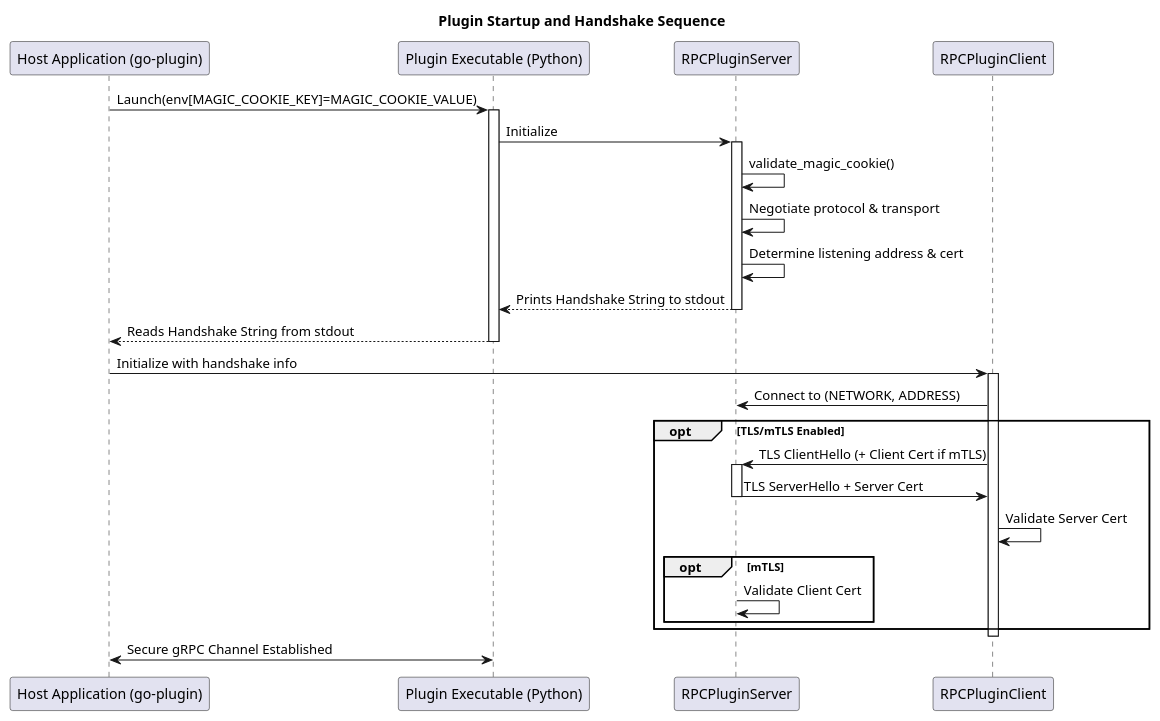
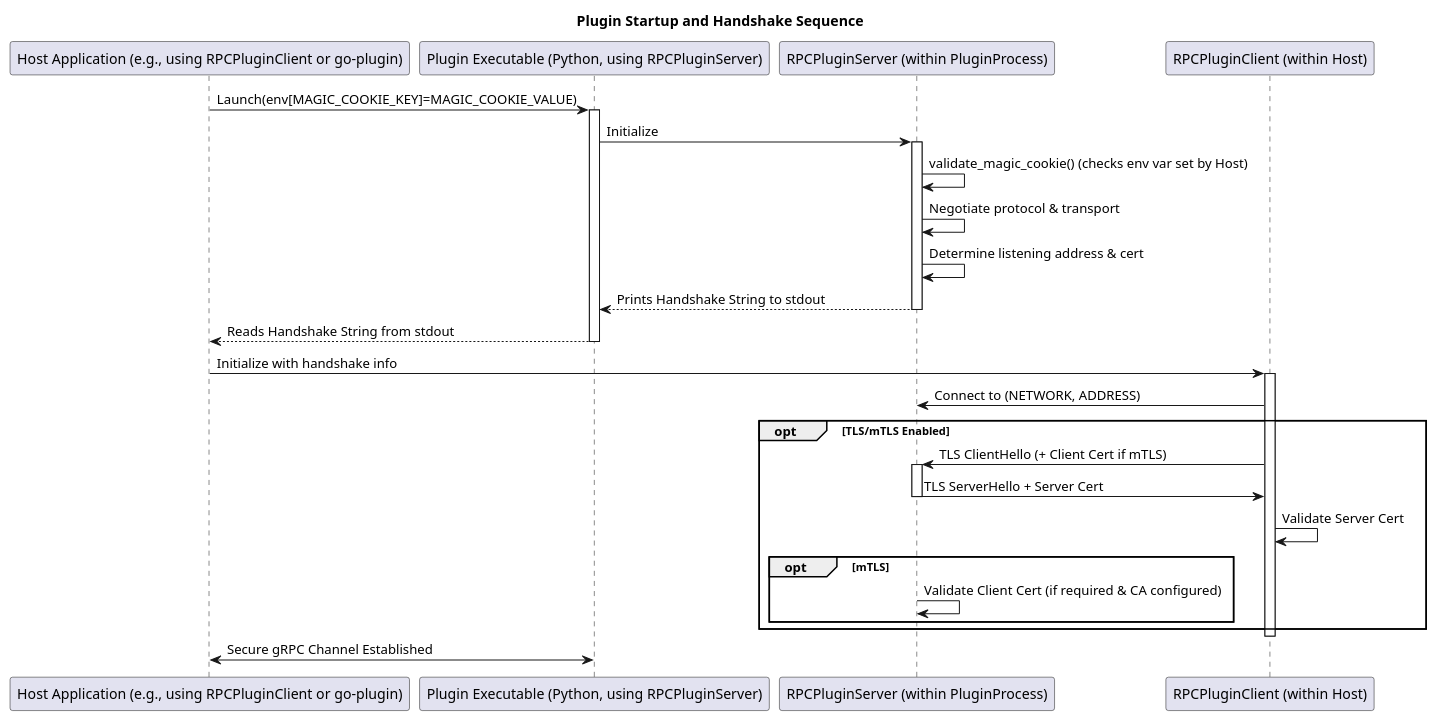
Before and after one commit to provide-io/pyvider-rpcplugin: the second of 3 diagrams in docs/architecture.md, drawn with PlantUML. The commit also changed other lines of this file and 8 other files, not shown here.

````diff
--- a/docs/architecture.md
+++ b/docs/architecture.md
@@ -352,43 +351,43 @@
 ```plantuml
 @startuml
 title Plugin Startup and Handshake Sequence
 
-participant "Host Application (go-plugin)" as Host
-participant "Plugin Executable (Python)" as PluginProcess
-participant "RPCPluginServer" as Server
-participant "RPCPluginClient" as Client
+participant "Host Application (e.g., using RPCPluginClient or go-plugin)" as Host
+participant "Plugin Executable (Python, using RPCPluginServer)" as PluginProcess
+participant "RPCPluginServer (within PluginProcess)" as ServerInstance
+participant "RPCPluginClient (within Host)" as ClientInstance
 
 Host -> PluginProcess: Launch(env[MAGIC_COOKIE_KEY]=MAGIC_COOKIE_VALUE)
 activate PluginProcess
 
-PluginProcess -> Server: Initialize
-activate Server
-Server -> Server: validate_magic_cookie()
-Server -> Server: Negotiate protocol & transport
-Server -> Server: Determine listening address & cert
-Server --> PluginProcess: Prints Handshake String to stdout
-deactivate Server
+PluginProcess -> ServerInstance: Initialize
+activate ServerInstance
+ServerInstance -> ServerInstance: validate_magic_cookie() (checks env var set by Host)
+ServerInstance -> ServerInstance: Negotiate protocol & transport
+ServerInstance -> ServerInstance: Determine listening address & cert
+ServerInstance --> PluginProcess: Prints Handshake String to stdout
+deactivate ServerInstance
 
 Host <-- PluginProcess: Reads Handshake String from stdout
 deactivate PluginProcess
 
-Host -> Client: Initialize with handshake info
-activate Client
-Client -> Server: Connect to (NETWORK, ADDRESS)
+Host -> ClientInstance: Initialize with handshake info
+activate ClientInstance
+ClientInstance -> ServerInstance: Connect to (NETWORK, ADDRESS)
 
 opt TLS/mTLS Enabled
-    Client -> Server: TLS ClientHello (+ Client Cert if mTLS)
-    activate Server
-    Server -> Client: TLS ServerHello + Server Cert
-    deactivate Server
-    Client -> Client: Validate Server Cert
+    ClientInstance -> ServerInstance: TLS ClientHello (+ Client Cert if mTLS)
+    activate ServerInstance
+    ServerInstance -> ClientInstance: TLS ServerHello + Server Cert
+    deactivate ServerInstance
+    ClientInstance -> ClientInstance: Validate Server Cert
     opt mTLS
-        Server -> Server: Validate Client Cert
+        ServerInstance -> ServerInstance: Validate Client Cert (if required & CA configured)
     end
 end
-deactivate Client
+deactivate ClientInstance
 
 Host <-> PluginProcess: Secure gRPC Channel Established
 
 @enduml
 ```
````
